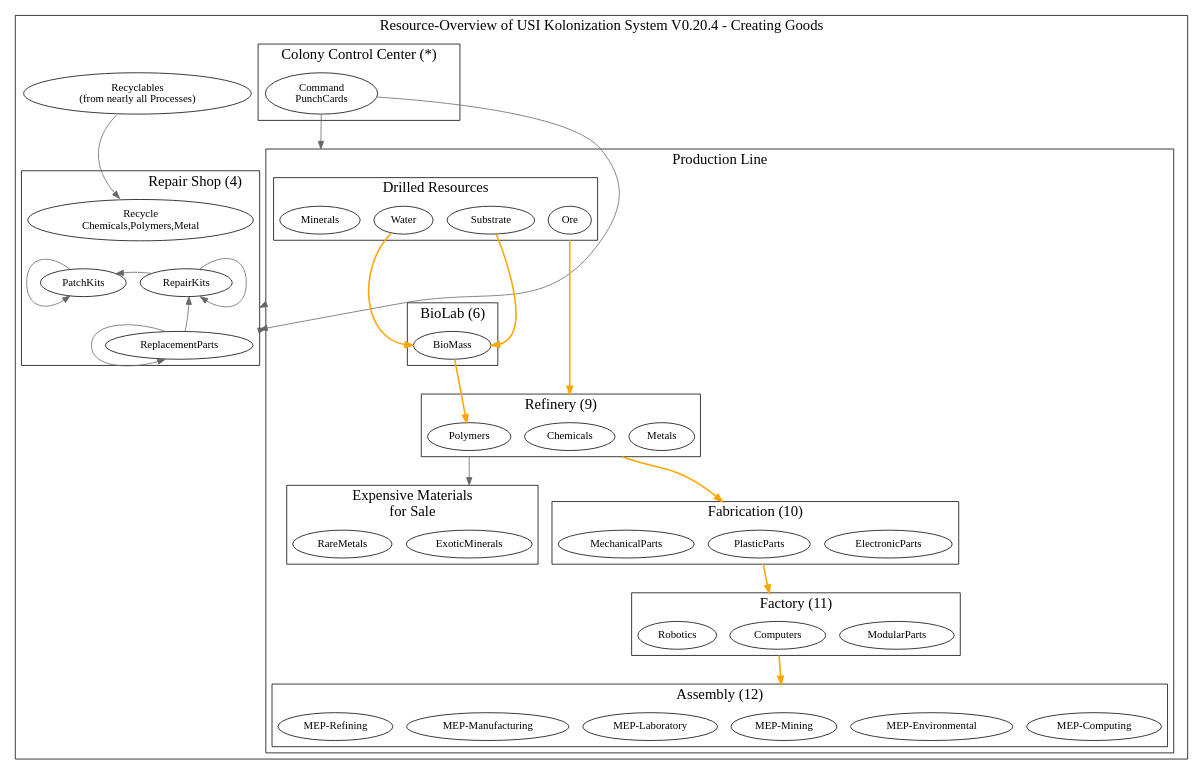
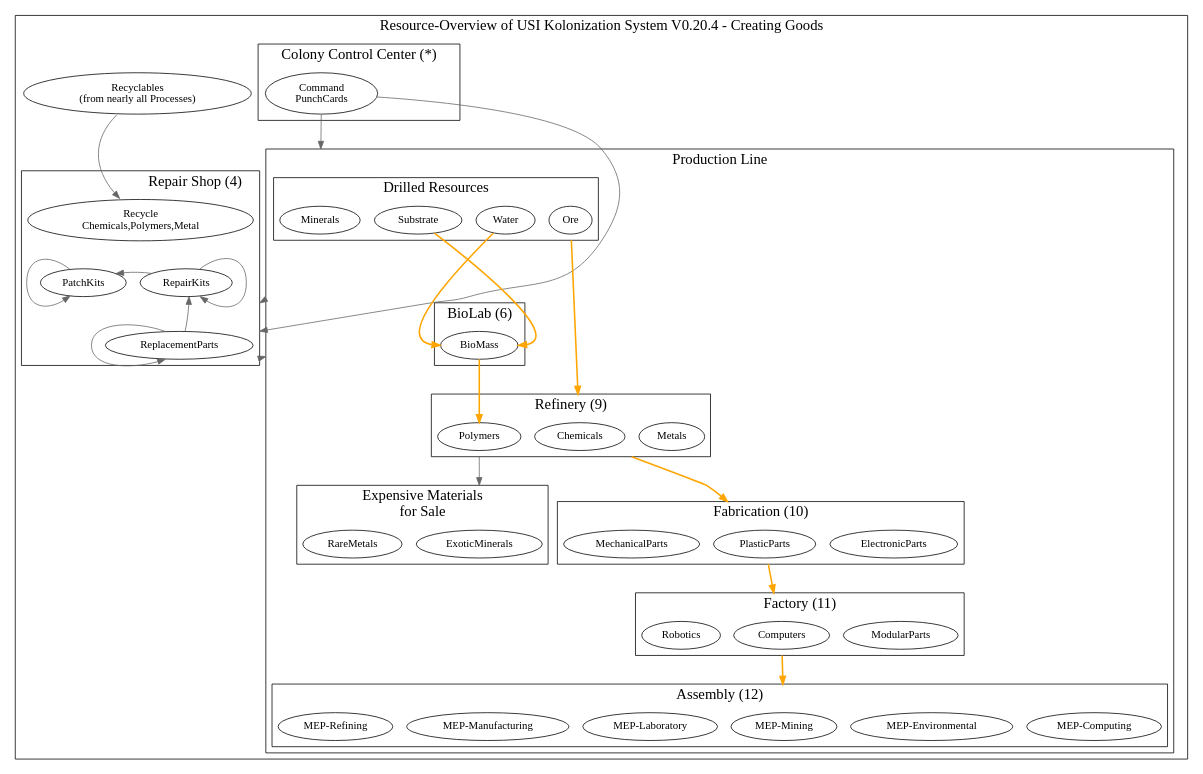
The diagram in ProductionLine.dot (mhoram-kerbin/USI-Kolonization-Systems-Resources), drawn with Graphviz before and after one commit. The commit also changed 2 other files, not shown here.

```diff
--- a/ProductionLine.dot
+++ b/ProductionLine.dot
@@ -1,133 +1,133 @@
 /* -*- coding: utf-8; -*-
 Overview over USI Kolonization System Resources
 Copyright 2014 By Mhoram
 
 This Work may be distributed under the Creative Commons
 Attribution-ShareAlike 4.0 International or Creative Commons
 Attribution-NonCommercial-ShareAlike 4.0 International License as you
 chose.
 
 */
 
-# dot -Tpdf -o Resources.pdf Resources.dot
-# dot -Tpng -o Resources.png Resources.dot
+# dot -Tpdf -o ProductionLine.pdf ProductionLine.dot
+# dot -Tpng -o ProductionLine.png ProductionLine.dot
 
 digraph Resources {
     compound=true;
 
     subgraph clusterPRODUCTION {
         graph [label="Resource-Overview of USI Kolonization System V0.20.4 - Creating Goods" fontsize=19];
 
         subgraph clusterCCCP {
             label="Colony Control Center (*)";
             CommandP [label="Command\nPunchCards"];
         }
 
         subgraph clusterProductionLine {
             label="Production Line";
 
             subgraph clusterBIOLABP {
                 label="BioLab (6)";
                 PBioMass [label="BioMass"];
             }
 
             subgraph clusterResources {
                 label="Drilled Resources";
                 WaterR [label="Water"];
                 SubstrateR [label="Substrate"];
                 Ore;
                 Minerals;
             }
 
             subgraph clusterRefinery {
                 label="Refinery (9)";
                 Metals;
                 Polymers;
                 Chemicals;
             }
 
             subgraph clusterFabrication {
                 label="Fabrication (10)"
                 ElectronicParts;
                 PlasticParts;
                 MechanicalParts;
             }
 
             subgraph clusterFactory {
                 label="Factory (11)"
                 ModularParts;
                 Computers;
                 Robotics;
             }
 
             subgraph clusterAssembly {
                 label="Assembly (12)";
                 "MEP-Computing";
                 "MEP-Environmental";
                 "MEP-Mining";
                 "MEP-Laboratory";
                 "MEP-Manufacturing";
                 "MEP-Refining";
             }
 
             subgraph clusterSpecials {
                 label="Expensive Materials\nfor Sale";
                 ExoticMinerals;
                 RareMetals;
             }
         }
 
         Recyclables [label="Recyclables\n(from nearly all Processes)"];
 
         subgraph clusterRepair {
             label="Repair Shop (4)";
             labeljust="r";
             PatchKits;
             RepairKits;
             ReplacementParts;
             Recycle [label="Recycle\nChemicals,Polymers,Metal"];
             edge [color="#666666"];
             {
                 rank = same;
                 edge [minlen=1];
                 PatchKits -> RepairKits [style=invisible,arrowhead=none];
             }
             {
                 Recycle -> PatchKits [style=invisible,arrowhead=none];
                 RepairKits -> ReplacementParts [style=invisible,arrowhead=none];
             }
             PatchKits -> PatchKits [tailport=nw,headport=sw];
             RepairKits -> PatchKits;
             RepairKits -> RepairKits [tailport=ne,headport=se];
             ReplacementParts -> RepairKits [constraint = false];
             ReplacementParts -> ReplacementParts [tailport=nw,headport=sw];
         }
 
 /*        {
             rank = same;
             ReplacementParts -> Chemicals;
         }
 */
         edge [minlen=2, color="#666666"];
 
         CommandP -> Minerals [lhead=clusterProductionLine];
         CommandP -> ReplacementParts [lhead=clusterRepair,constraint = false];
-        ReplacementParts -> Ore [lhead=clusterProductionLine,ltail=clusterRepair];
+        ReplacementParts -> Ore [lhead=clusterProductionLine,ltail=clusterRepair,tailport=se];
         PBioMass -> Polymers [penwidth=2, color="orange"];
         SubstrateR -> PBioMass [headport=e, penwidth=2, color="orange"];
         WaterR -> PBioMass [tailport=sw,headport=w, penwidth=2, color="orange"];
         SubstrateR -> ReplacementParts [ltail=clusterProductionLine,lhead=clusterRepair];
 
         Polymers -> ExoticMinerals [ltail=clusterRefinery,lhead=clusterSpecials];
         Ore -> Chemicals [lhead=clusterRefinery; ltail=clusterResources, penwidth=2, color="orange"];
 
         Chemicals -> PlasticParts [lhead=clusterFabrication; ltail=clusterRefinery, penwidth=2, color="orange"];
 
         PlasticParts -> Computers [lhead=clusterFactory; ltail=clusterFabrication, penwidth=2, color="orange"];
 
         Computers -> "MEP-Mining" [lhead=clusterAssembly; ltail=clusterFactory, penwidth=2, color="orange"];
 
         Recyclables -> Recycle [tailport=sw,headport=nw];
     }
 
 }
```
